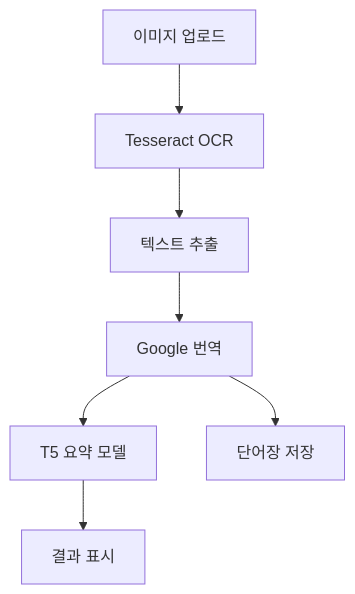
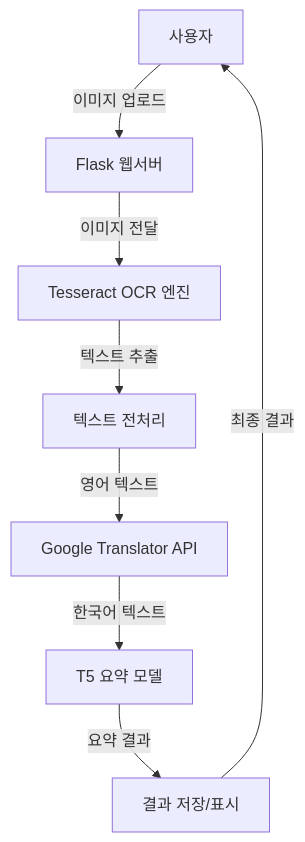
The diagram in README.md (DONALDSUK/eng_summurize), drawn with Mermaid before and after one commit. The commit also changed other lines of this file, not shown here.

````diff
--- a/README.md
+++ b/README.md
@@ -46,9 +47,10 @@
 ```mermaid
 graph TD
-    A[이미지 업로드] --> B[Tesseract OCR]
-    B --> C[텍스트 추출]
-    C --> D[Google 번역]
-    D --> E[T5 요약 모델]
-    E --> F[결과 표시]
-    D --> G[단어장 저장]
+    A[사용자] -->|이미지 업로드| B[Flask 웹서버]
+    B -->|이미지 전달| C[Tesseract OCR 엔진]
+    C -->|텍스트 추출| D[텍스트 전처리]
+    D -->|영어 텍스트| E[Google Translator API]
+    E -->|한국어 텍스트| F[T5 요약 모델]
+    F -->|요약 결과| G[결과 저장/표시]
+    G -->|최종 결과| A
 ```
````
